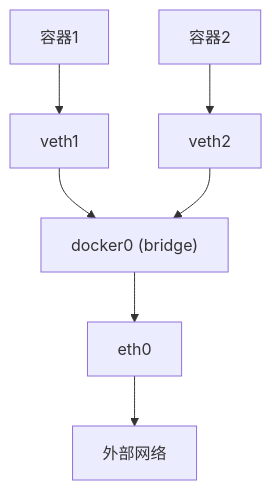
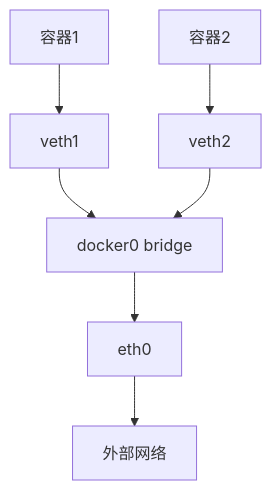
Before and after one commit to jpixy/jpixy.github.io: the third of 4 diagrams in content/articles/networking/net-12-网络虚拟化技术.md, drawn with Mermaid. The commit also changed other lines of this file and 66 other files, not shown here.

Commit message:
fix: resolve Mermaid syntax errors by removing parentheses in node labels

````diff
--- a/content/articles/networking/net-12-网络虚拟化技术.md
+++ b/content/articles/networking/net-12-网络虚拟化技术.md
@@ -312,9 +312,9 @@
 ```mermaid
 graph TB
     C1[容器1] --> V1[veth1]
     C2[容器2] --> V2[veth2]
-    V1 --> Docker0["docker0 (bridge)"]
+    V1 --> Docker0["docker0 bridge"]
     V2 --> Docker0
     Docker0 --> ETH0[eth0]
     ETH0 --> External[外部网络]
 ```
````
